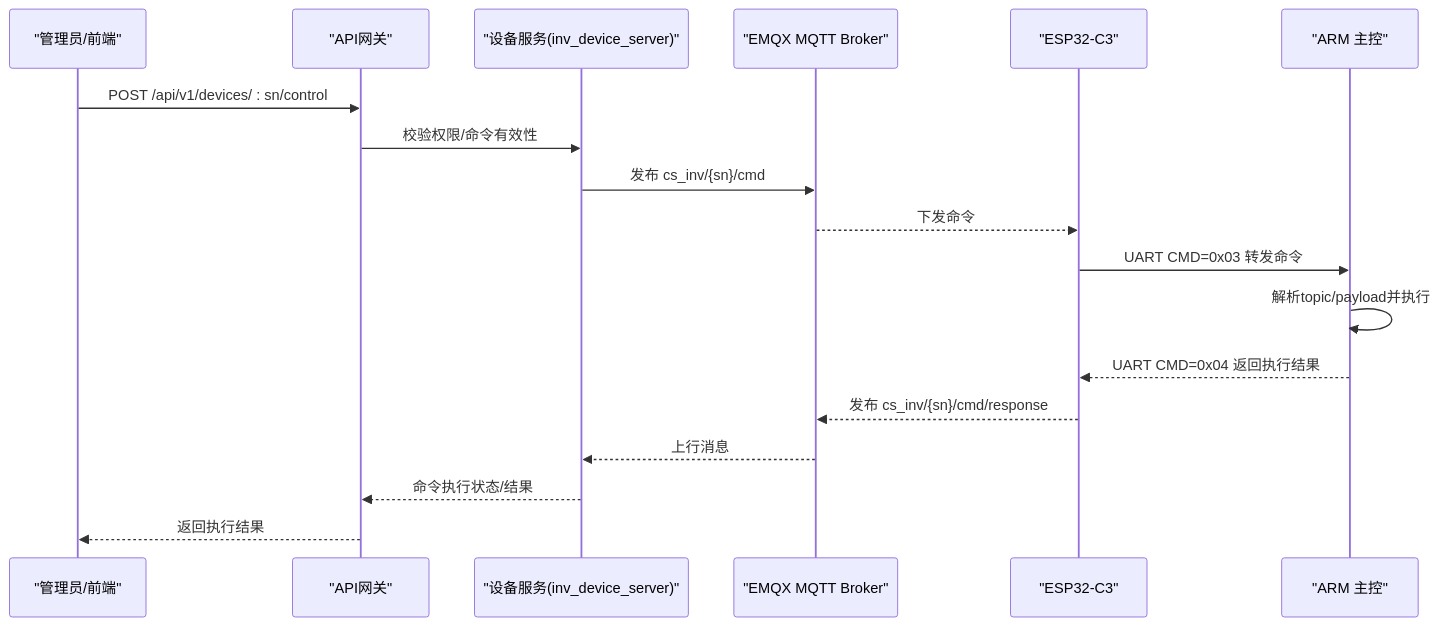
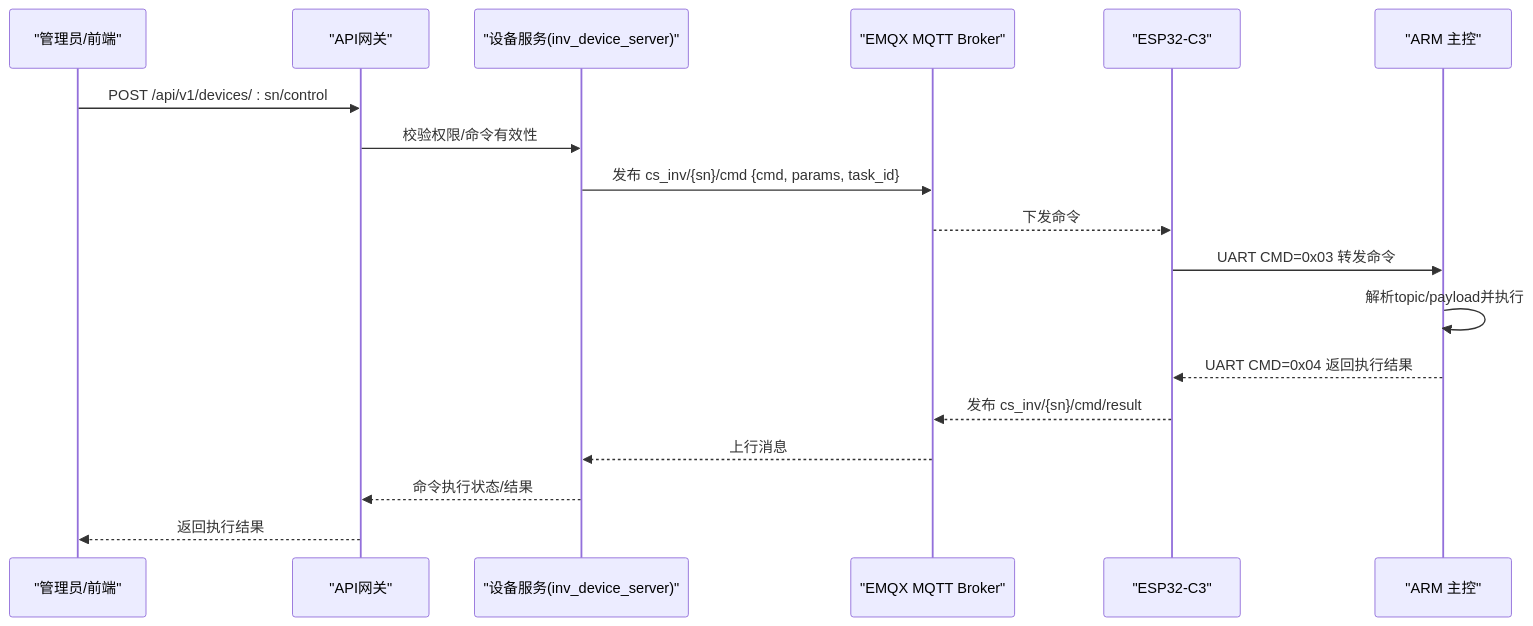
Before and after one commit to mcmrzy/cs_inv_monitor-develop: the second of 7 diagrams in .qoder/repowiki/zh/content/MQTT通信协议/下行命令格式/下行命令格式.md, drawn with Mermaid. The commit also changed other lines of this file and 88 other files, not shown here.

````diff
--- a/.qoder/repowiki/zh/content/MQTT通信协议/下行命令格式/下行命令格式.md
+++ b/.qoder/repowiki/zh/content/MQTT通信协议/下行命令格式/下行命令格式.md
@@ -93,20 +109,20 @@
 ```mermaid
 sequenceDiagram
 participant Admin as "管理员/前端"
 participant API as "API网关"
 participant DS as "设备服务(inv_device_server)"
 participant MQ as "EMQX MQTT Broker"
 participant ESP as "ESP32-C3"
 participant ARM as "ARM 主控"
 Admin->>API : POST /api/v1/devices/ : sn/control
 API->>DS : 校验权限/命令有效性
-DS->>MQ : 发布 cs_inv/{sn}/cmd
+DS->>MQ : 发布 cs_inv/{sn}/cmd {cmd, params, task_id}
 MQ-->>ESP : 下发命令
 ESP->>ARM : UART CMD=0x03 转发命令
 ARM->>ARM : 解析topic/payload并执行
 ARM-->>ESP : UART CMD=0x04 返回执行结果
-ESP-->>MQ : 发布 cs_inv/{sn}/cmd/response
+ESP-->>MQ : 发布 cs_inv/{sn}/cmd/result
 MQ-->>DS : 上行消息
 DS-->>API : 命令执行状态/结果
 API-->>Admin : 返回执行结果
 ```
````
